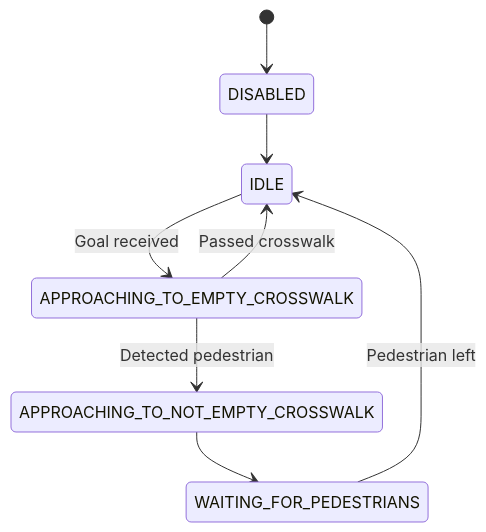
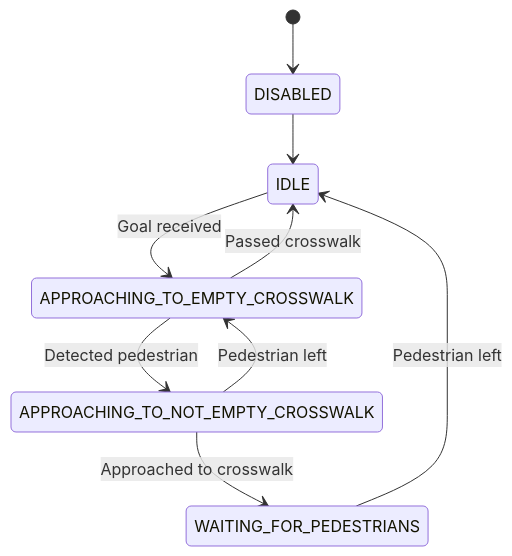
Before and after one commit to KNR-PW/selfie_carolocup: the diagram in src/Tasks/crosswalk/README.md, drawn with Mermaid.

Commit message:
Add another case to diagram

````diff
--- a/src/Tasks/crosswalk/README.md
+++ b/src/Tasks/crosswalk/README.md
@@ -7,10 +7,11 @@
 ```mermaid
 stateDiagram-v2
     [*] --> DISABLED
     DISABLED --> IDLE
     IDLE --> APPROACHING_TO_EMPTY_CROSSWALK: Goal received
     APPROACHING_TO_EMPTY_CROSSWALK --> IDLE: Passed crosswalk
     APPROACHING_TO_EMPTY_CROSSWALK --> APPROACHING_TO_NOT_EMPTY_CROSSWALK: Detected pedestrian
-    APPROACHING_TO_NOT_EMPTY_CROSSWALK --> WAITING_FOR_PEDESTRIANS
+    APPROACHING_TO_NOT_EMPTY_CROSSWALK --> APPROACHING_TO_EMPTY_CROSSWALK: Pedestrian left
+    APPROACHING_TO_NOT_EMPTY_CROSSWALK --> WAITING_FOR_PEDESTRIANS: Approached to crosswalk
     WAITING_FOR_PEDESTRIANS --> IDLE: Pedestrian left
 ```
````
